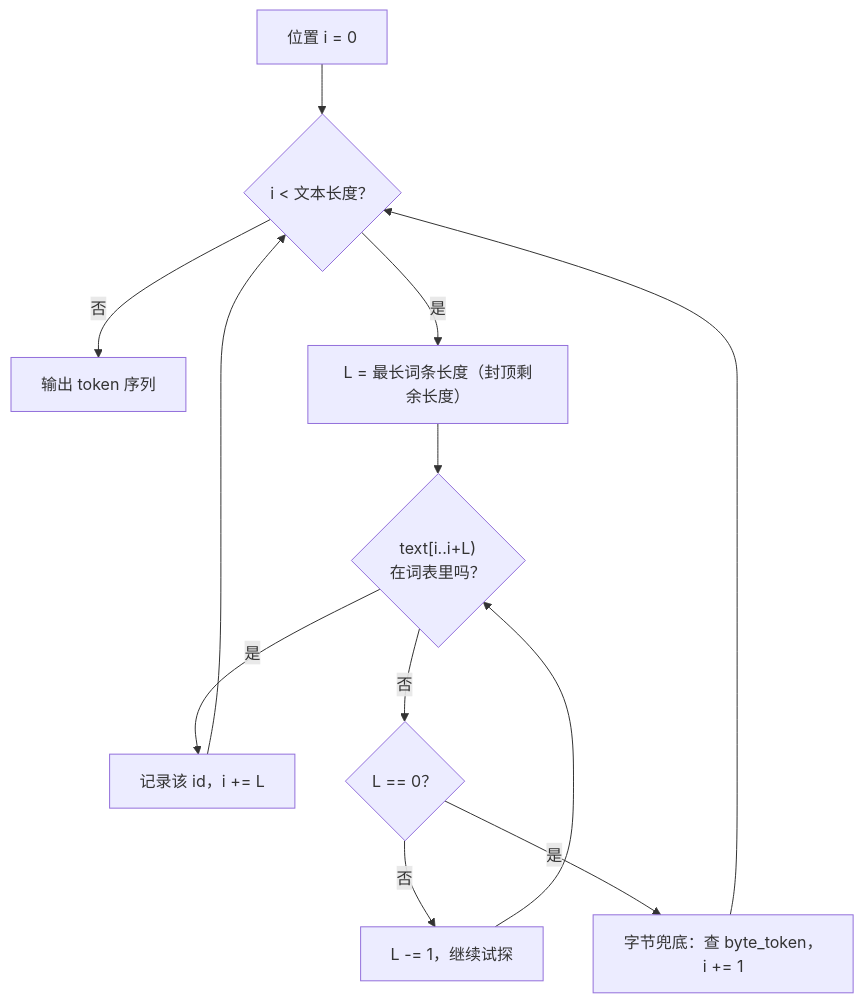
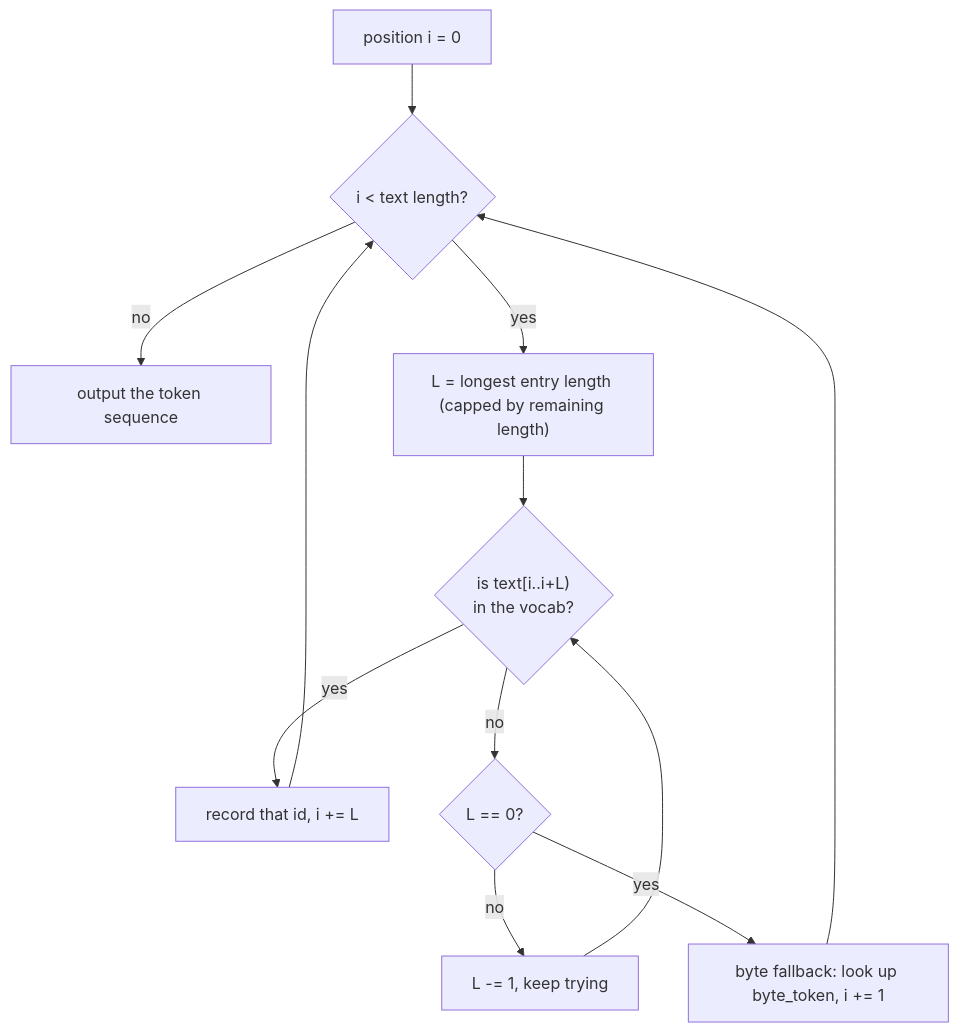
Before and after one commit to hashibit/cpp20gemma: the diagram in docs/01-Tokenizer.md, drawn with Mermaid. The commit also changed other lines of this file and 24 other files, not shown here.

````diff
--- a/docs/01-Tokenizer.md
+++ b/docs/01-Tokenizer.md
@@ -49,11 +49,11 @@
 ```mermaid
 flowchart TD
-    I["位置 i = 0"] --> C{"i < 文本长度？"}
-    C -->|"否"| OUT["输出 token 序列"]
-    C -->|"是"| L["L = 最长词条长度（封顶剩余长度）"]
-    L --> M{"text[i..i+L)<br/>在词表里吗？"}
-    M -->|"是"| P["记录该 id，i += L"] --> C
-    M -->|"否"| N{"L == 0？"}
-    N -->|"否"| L2["L -= 1，继续试探"] --> M
-    N -->|"是"| B["字节兜底：查 byte_token，i += 1"] --> C
+    I["position i = 0"] --> C{"i < text length?"}
+    C -->|"no"| OUT["output the token sequence"]
+    C -->|"yes"| L["L = longest entry length (capped by remaining length)"]
+    L --> M{"is text[i..i+L)<br/>in the vocab?"}
+    M -->|"yes"| P["record that id, i += L"] --> C
+    M -->|"no"| N{"L == 0?"}
+    N -->|"no"| L2["L -= 1, keep trying"] --> M
+    N -->|"yes"| B["byte fallback: look up byte_token, i += 1"] --> C
 ```
````
